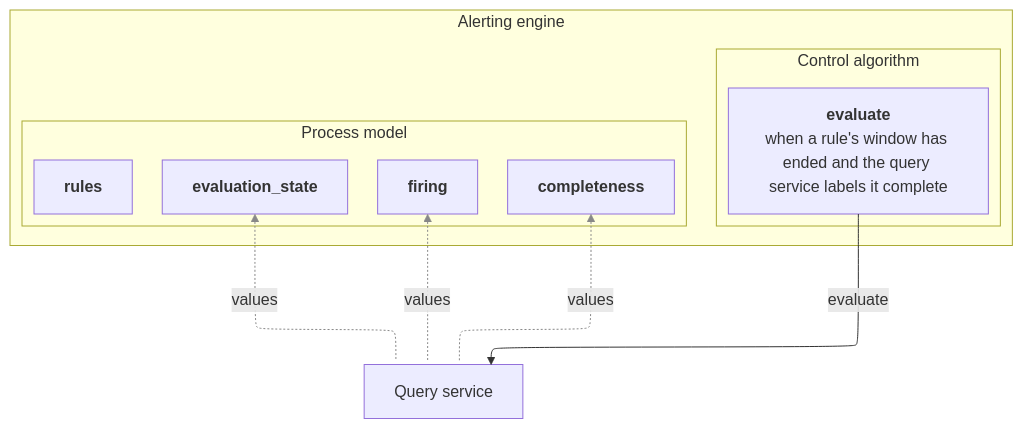
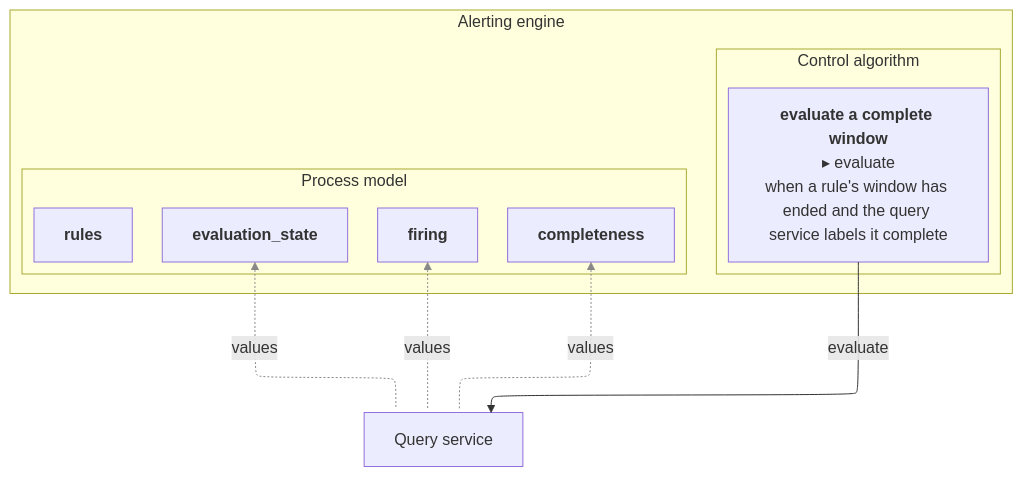
One commit to casselc/observability changed the diagram in otel-chdb/stpa/generated/controller-alerting.mmd. Above: the diagram before and after it, drawn with Mermaid. The commit also changed 60 other files, not shown here.

First line of the commit message:
otel-chdb/stpa: rule names head the detail diagrams; PRD widgets for every controller

```diff
--- a/otel-chdb/stpa/generated/controller-alerting.mmd
+++ b/otel-chdb/stpa/generated/controller-alerting.mmd
@@ -1,24 +1,24 @@
 ---
 config:
   layout: elk
 ---
 flowchart TB
   %% Generated by otel-chdb/stpa/tools from records/controller-ec2f3e.md and structure.yaml. Do not edit.
   subgraph C["Alerting engine"]
     subgraph CA["Control algorithm"]
-      r1["<b>evaluate</b><br/>when a rule's window has ended and the query service labels it complete"]
+      r1["<b>evaluate a complete window</b><br/>▸ evaluate<br/>when a rule's window has ended and the query service labels it complete"]
     end
     subgraph PM["Process model"]
       v1["<b>completeness</b>"]
       v2["<b>evaluation_state</b>"]
       v3["<b>firing</b>"]
       v4["<b>rules</b>"]
     end
   end
   n2f943e["Query service"]
   r1 -->|evaluate| n2f943e
   v1 fb1@<-.->|values| n2f943e
   v2 fb2@<-.->|values| n2f943e
   v3 fb3@<-.->|values| n2f943e
   classDef fb stroke:#888,marker-end:none
   class fb1,fb2,fb3 fb
```
